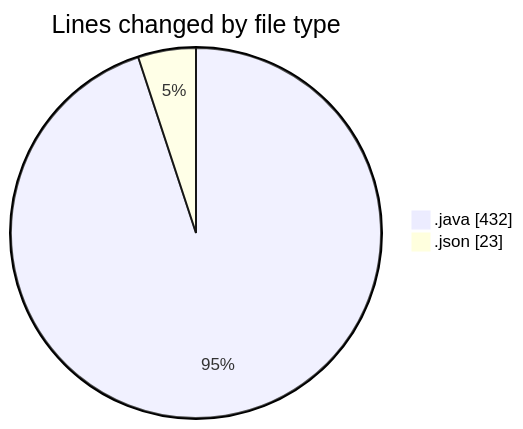
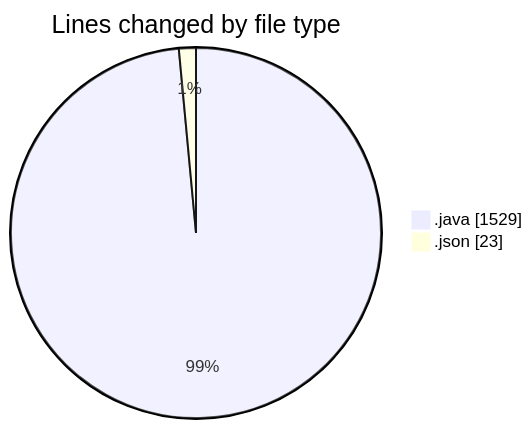
One commit to ricardozamudiocil/code-tracking changed the first of 2 diagrams in 2026-03-30/cilapp/README.md. Above: the diagram before and after it, drawn with Mermaid. The commit also changed other lines of this file and 1 other file, not shown here.

````diff
--- a/2026-03-30/cilapp/README.md
+++ b/2026-03-30/cilapp/README.md
@@ -24,6 +25,6 @@
 ```mermaid
 pie showData
 title Lines changed by file type
-".java" : 432
+".java" : 1529
 ".json" : 23
 ```
````
